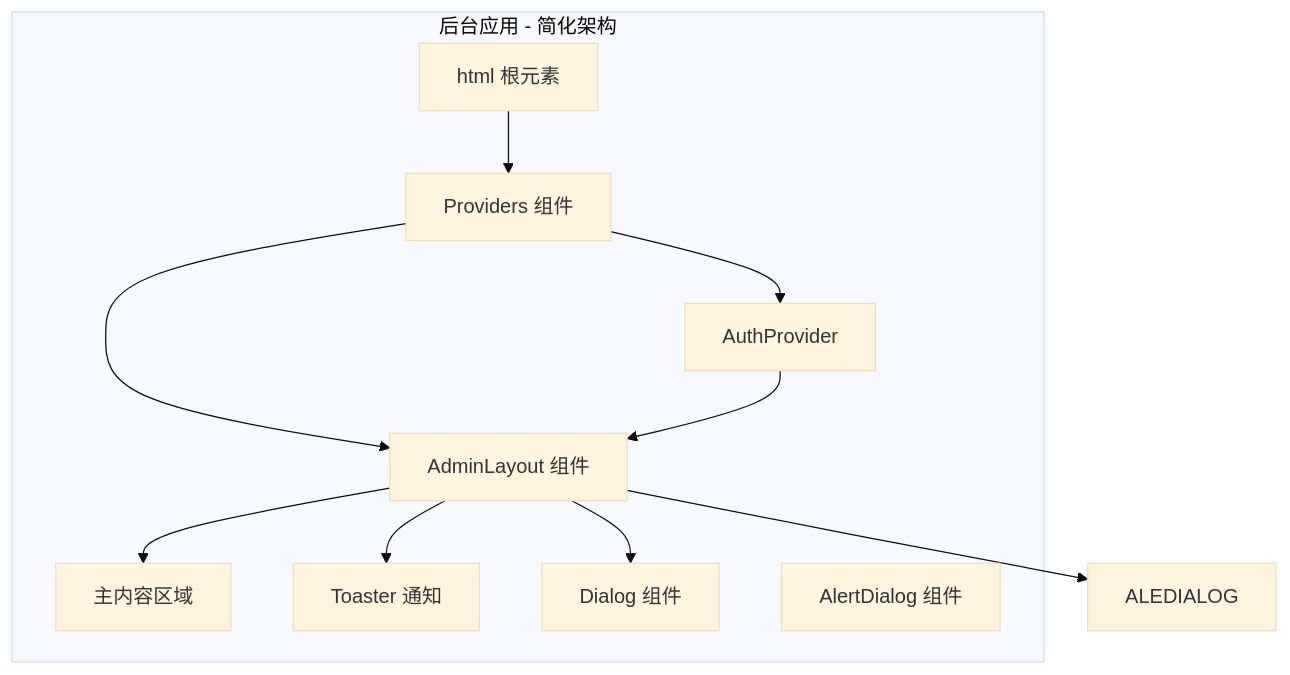
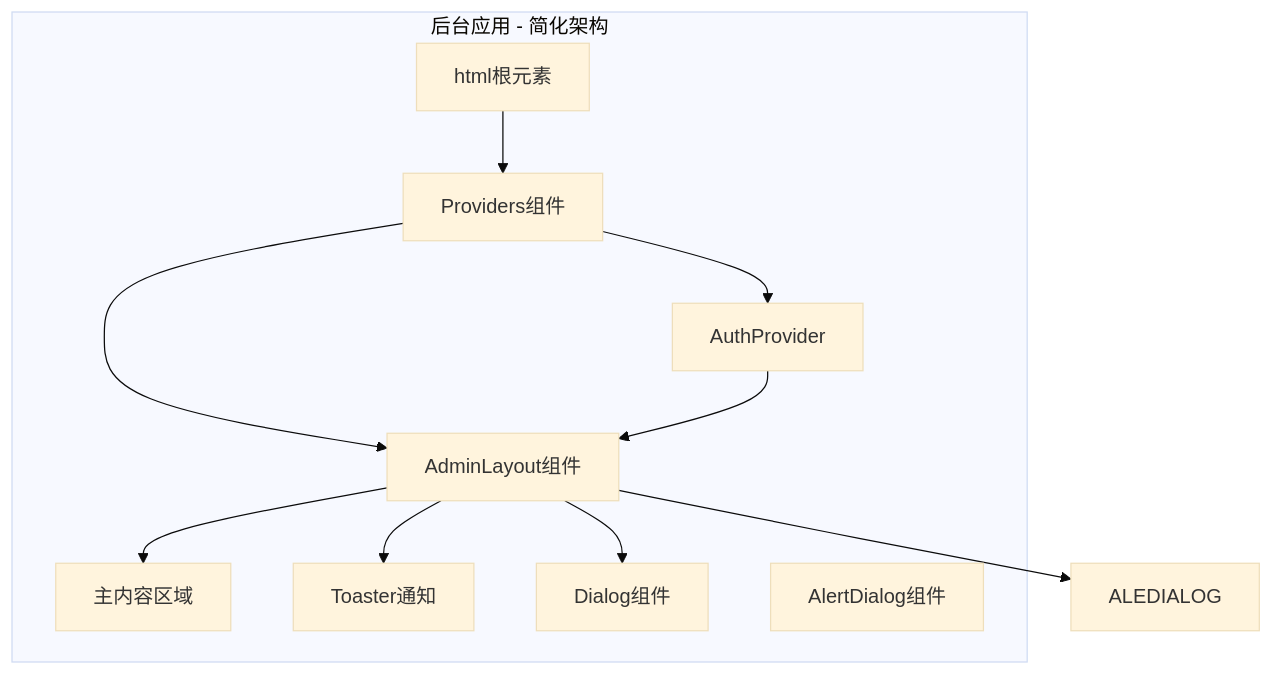
One commit to KunLabAI/KunFlix changed the third of 5 diagrams in .qoder/repowiki/zh/content/前端开发指南/UI 组件设计.md. Above: the diagram before and after it, drawn with Mermaid (base theme). The commit also changed other lines of this file and 24 other files, not shown here.

````diff
--- a/.qoder/repowiki/zh/content/前端开发指南/UI 组件设计.md
+++ b/.qoder/repowiki/zh/content/前端开发指南/UI 组件设计.md
@@ -267,21 +289,21 @@
 ```mermaid
 graph TB
 subgraph "后台应用 - 简化架构"
-HTML["html 根元素"]
-PROVIDERS["Providers 组件"]
+HTML["html根元素"]
+PROVIDERS["Providers组件"]
 AUTH["AuthProvider"]
-LAYOUT["AdminLayout 组件"]
+LAYOUT["AdminLayout组件"]
 MAIN["主内容区域"]
-TOASTER["Toaster 通知"]
-DIALOG["Dialog 组件"]
-ALERDIALOG["AlertDialog 组件"]
+TOASTER["Toaster通知"]
+DIALOG["Dialog组件"]
+ALERDIALOG["AlertDialog组件"]
 end
 HTML --> PROVIDERS
 PROVIDERS --> AUTH
 PROVIDERS --> LAYOUT
 AUTH --> LAYOUT
 LAYOUT --> MAIN
 LAYOUT --> TOASTER
 LAYOUT --> DIALOG
 LAYOUT --> ALEDIALOG
 ```
````
